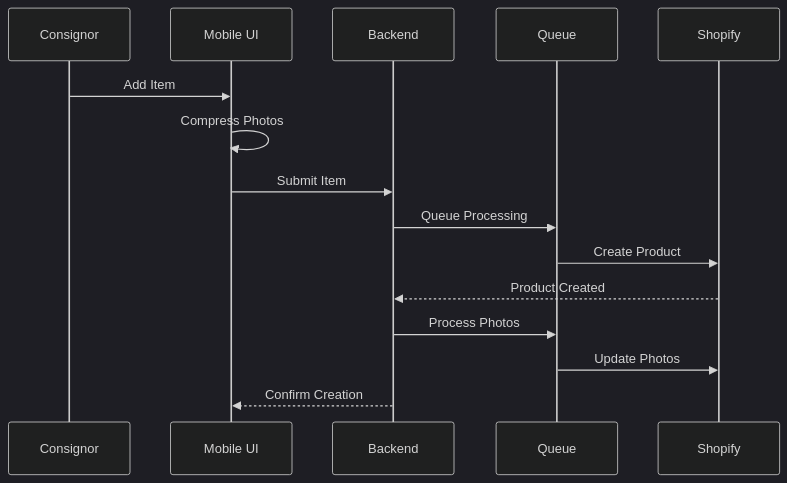
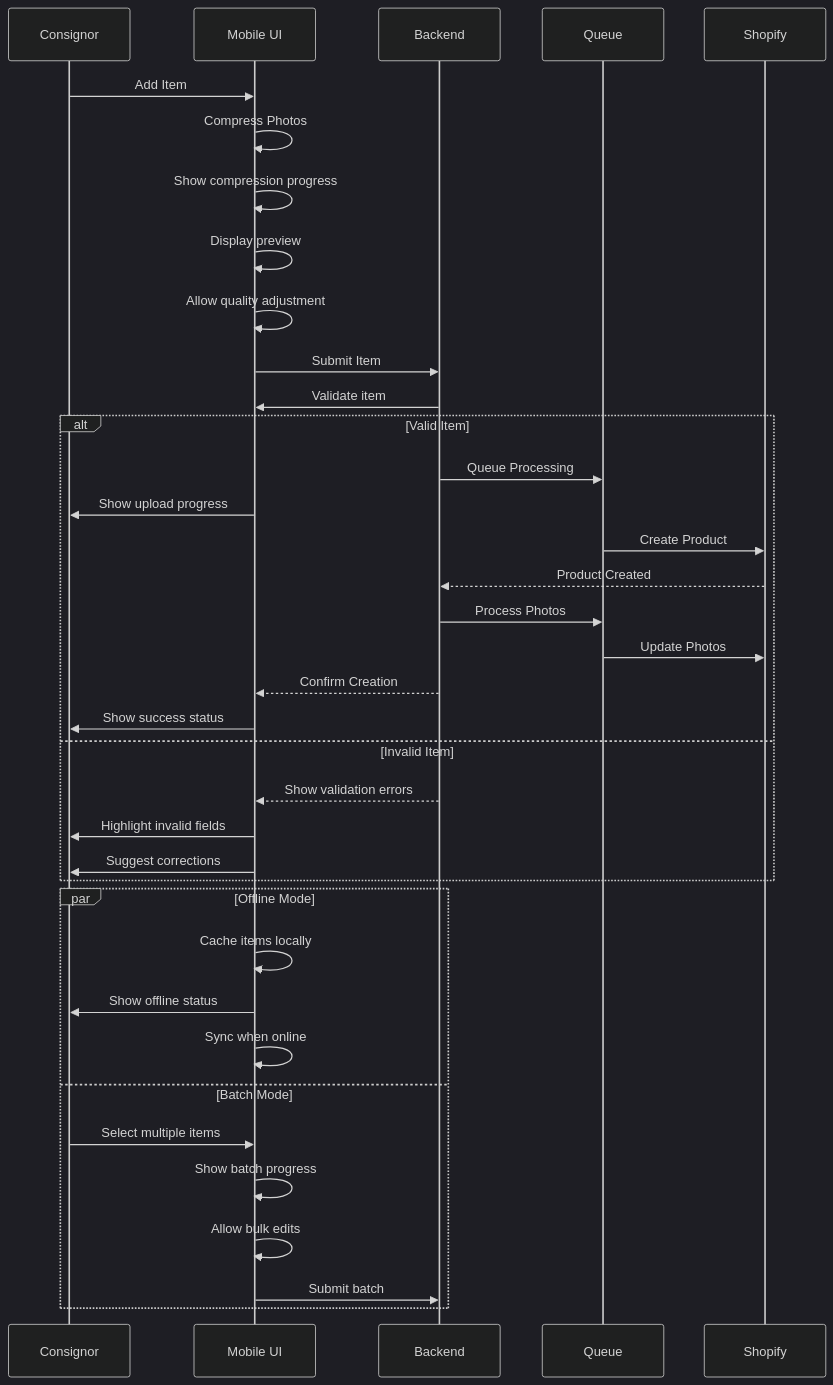
The diagram in docs/diagrams/inventory-flow.mmd (atEverychance/ProjectCR), drawn with Mermaid (dark theme) before and after one commit. The commit also changed 2 other files, not shown here.

Commit message:
feat: enhance inventory UX with photo feedback, error handling, and offline support

```diff
--- a/docs/diagrams/inventory-flow.mmd
+++ b/docs/diagrams/inventory-flow.mmd
@@ -1,16 +1,39 @@
 sequenceDiagram
     participant C as Consignor
     participant M as Mobile UI
     participant API as Backend
     participant Q as Queue
     participant S as Shopify
     
     C->>M: Add Item
     M->>M: Compress Photos
+    M->>M: Show compression progress
+    M->>M: Display preview
+    M->>M: Allow quality adjustment
     M->>API: Submit Item
-    API->>Q: Queue Processing
-    Q->>S: Create Product
-    S-->>API: Product Created
-    API->>Q: Process Photos
-    Q->>S: Update Photos
-    API-->>M: Confirm Creation
+    API->>M: Validate item
+    alt Valid Item
+        API->>Q: Queue Processing
+        M->>C: Show upload progress
+        Q->>S: Create Product
+        S-->>API: Product Created
+        API->>Q: Process Photos
+        Q->>S: Update Photos
+        API-->>M: Confirm Creation
+        M->>C: Show success status
+    else Invalid Item
+        API-->>M: Show validation errors
+        M->>C: Highlight invalid fields
+        M->>C: Suggest corrections
+    end
+    
+    par Offline Mode
+        M->>M: Cache items locally
+        M->>C: Show offline status
+        M->>M: Sync when online
+    and Batch Mode
+        C->>M: Select multiple items
+        M->>M: Show batch progress
+        M->>M: Allow bulk edits
+        M->>API: Submit batch
+    end
```
